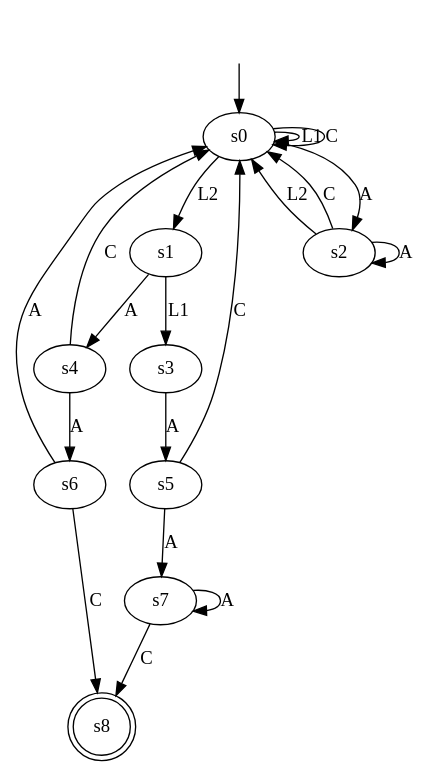
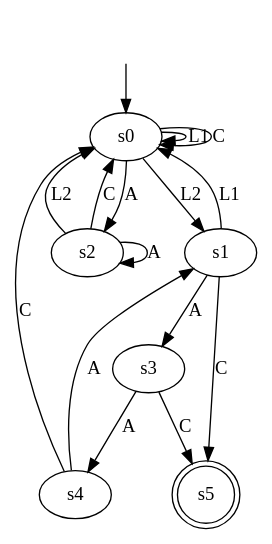
The diagram in output/magento_result_b_0.4.dot (tomyaacov/lstar_dont_care), drawn with Graphviz before and after one commit. The commit also changed 22 other files, not shown here.

```diff
--- a/output/magento_result_b_0.4.dot
+++ b/output/magento_result_b_0.4.dot
@@ -1,31 +1,24 @@
 digraph "output/magento_result_b_0.4" {
 s0 [label=s0];
 s1 [label=s1];
 s2 [label=s2];
 s3 [label=s3];
 s4 [label=s4];
-s5 [label=s5];
-s6 [label=s6];
-s7 [label=s7];
-s8 [label=s8, shape=doublecircle];
+s5 [label=s5, shape=doublecircle];
 s0 -> s0  [label=L1];
 s0 -> s1  [label=L2];
 s0 -> s2  [label=A];
 s0 -> s0  [label=C];
-s1 -> s3  [label=L1];
-s1 -> s4  [label=A];
+s1 -> s0  [label=L1];
+s1 -> s3  [label=A];
+s1 -> s5  [label=C];
 s2 -> s0  [label=L2];
 s2 -> s2  [label=A];
 s2 -> s0  [label=C];
-s3 -> s5  [label=A];
-s4 -> s6  [label=A];
+s3 -> s4  [label=A];
+s3 -> s5  [label=C];
+s4 -> s1  [label=A];
 s4 -> s0  [label=C];
-s5 -> s7  [label=A];
-s5 -> s0  [label=C];
-s6 -> s0  [label=A];
-s6 -> s8  [label=C];
-s7 -> s7  [label=A];
-s7 -> s8  [label=C];
 __start0 [label="", shape=none];
 __start0 -> s0  [label=""];
 }
```
